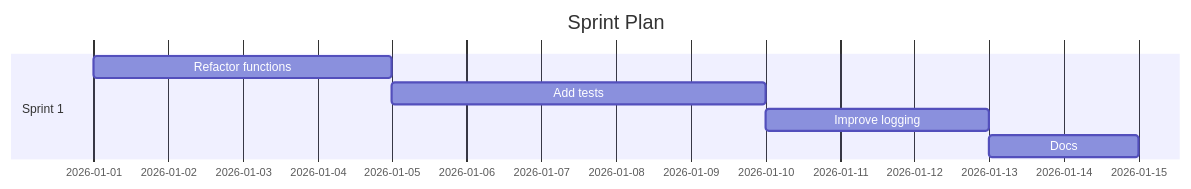
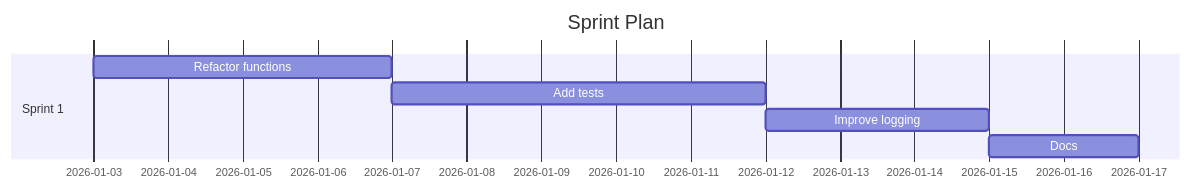
The diagram in demos/demo-code-analysis.sprint.md (Anselmoo/mcp-ai-agent-guidelines), drawn with Mermaid before and after one commit. The commit also changed other lines of this file and 20 other files, not shown here.

````diff
--- a/demos/demo-code-analysis.sprint.md
+++ b/demos/demo-code-analysis.sprint.md
@@ -59,11 +59,11 @@
 ```mermaid
 gantt
 	dateFormat  YYYY-MM-DD
 	title Sprint Plan
 %% Accessibility: Title=Project Sprint Plan; Description=Gantt chart of sprints and tasks over time. %%
   section Sprint 1
-  Refactor functions :s1t0, 2026-01-01, 4d
-  Add tests :s1t1, 2026-01-05, 5d
-  Improve logging :s1t2, 2026-01-10, 3d
-  Docs :s1t3, 2026-01-13, 2d
+  Refactor functions :s1t0, 2026-01-03, 4d
+  Add tests :s1t1, 2026-01-07, 5d
+  Improve logging :s1t2, 2026-01-12, 3d
+  Docs :s1t3, 2026-01-15, 2d
 ```
````
